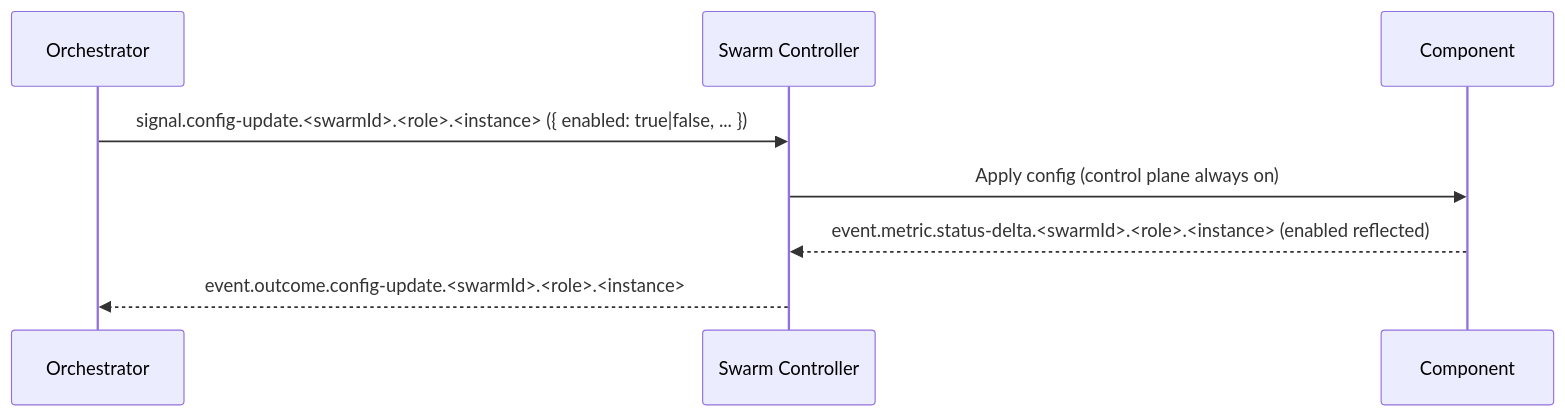
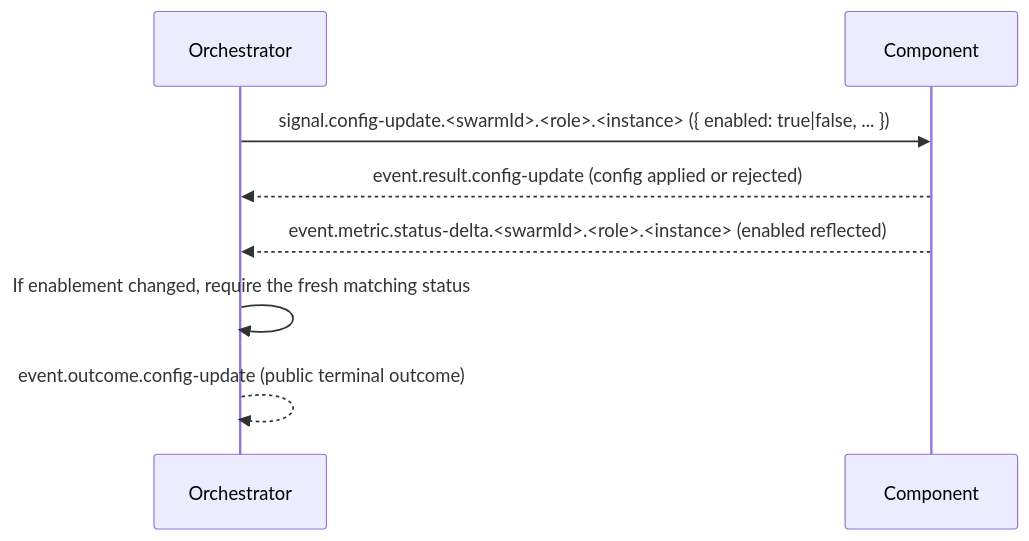
The third of 6 diagrams in docs/ARCHITECTURE.md (sepa79/PocketHive), drawn with Mermaid before and after one commit. The commit also changed other lines of this file and 210 other files, not shown here.

Commit message:
refactor lifecycle control plane contracts

````diff
--- a/docs/ARCHITECTURE.md
+++ b/docs/ARCHITECTURE.md
@@ -600,11 +650,11 @@
 ```mermaid
 sequenceDiagram
   participant QN as Orchestrator
-  participant MSH as Swarm Controller
   participant CMP as Component
 
-  QN->>MSH: signal.config-update.<swarmId>.<role>.<instance> ({ enabled: true|false, ... })
-  MSH->>CMP: Apply config (control plane always on)
-  CMP-->>MSH: event.metric.status-delta.<swarmId>.<role>.<instance> (enabled reflected)
-  MSH-->>QN: event.outcome.config-update.<swarmId>.<role>.<instance>
+  QN->>CMP: signal.config-update.<swarmId>.<role>.<instance> ({ enabled: true|false, ... })
+  CMP-->>QN: event.result.config-update (config applied or rejected)
+  CMP-->>QN: event.metric.status-delta.<swarmId>.<role>.<instance> (enabled reflected)
+  QN->>QN: If enablement changed, require the fresh matching status
+  QN-->>QN: event.outcome.config-update (public terminal outcome)
 ```
````
